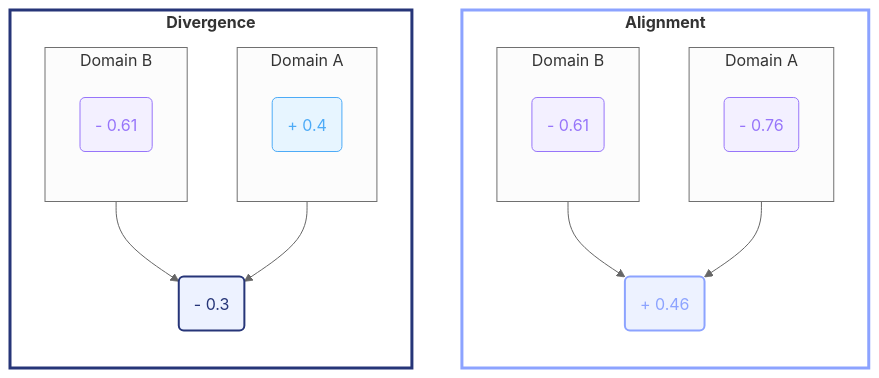
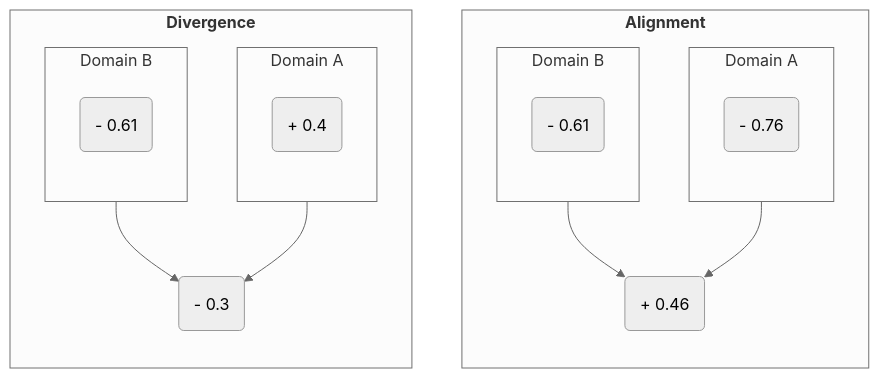
One commit to clairemira/miranova changed the sixth of 13 diagrams in content/commons.mdx. Above: the diagram before and after it, drawn with Mermaid. The commit also changed other lines of this file and 23 other files, not shown here.

Commit message:
Added dark mode support for mermaid nodes

````diff
--- a/content/commons.mdx
+++ b/content/commons.mdx
@@ -665,62 +623,49 @@
 ```mermaid
 ---
 config:
   flowchart:
     curve: basis
   theme: neutral
 ---
 flowchart TB
   subgraph ALI["<strong>Alignment</strong>"]
     direction TD
 
     subgraph DA["Domain A"]
       direction TB
-      L1("- 0.76")
+      L1("- 0.76"):::negative
     end
 
-    PROD1("+ 0.46")
+    PROD1("+ 0.46"):::prominence
 
     subgraph DB["Domain B"]
       direction TB
 
-      L2("- 0.61")
+      L2("- 0.61"):::negative
     end
   end
 
   L1 --> PROD1
   L2 --> PROD1
 
   subgraph DIV["<strong>Divergence</strong>"]
     direction TD
 
     subgraph DA2["Domain A"]
       direction TB
 
-      L3("+ 0.4")
+      L3("+ 0.4"):::positive
     end
 
-    PROD2("- 0.3")
+    PROD2("- 0.3"):::turbulence
 
     subgraph DB2["Domain B"]
       direction TB
 
-      L4("- 0.61")
+      L4("- 0.61"):::negative
     end
   end
 
   L3 --> PROD2
   L4 --> PROD2
-
-  classDef blueNode fill:#e7f5ff,stroke:#4dabf7,color:#4dabf7
-  classDef violetNode fill:#f3f0ff,stroke:#9775fa,color:#9775fa
-  classDef aliNode fill:#edf2ff,stroke:#8ca3ff,color:#8ca3ff,stroke-width:2px
-  classDef divNode fill:#edf2ff,stroke:#263578,color:#263578,stroke-width:2px
-
-  class L3 blueNode
-  class L1,L2,L4 violetNode
-  class PROD1 aliNode
-  class PROD2 divNode
-
-  style ALI fill:transparent,stroke:#8ca3ff,stroke-width:3px
-  style DIV fill:transparent,stroke:#263578,stroke-width:3px
 ```
````
